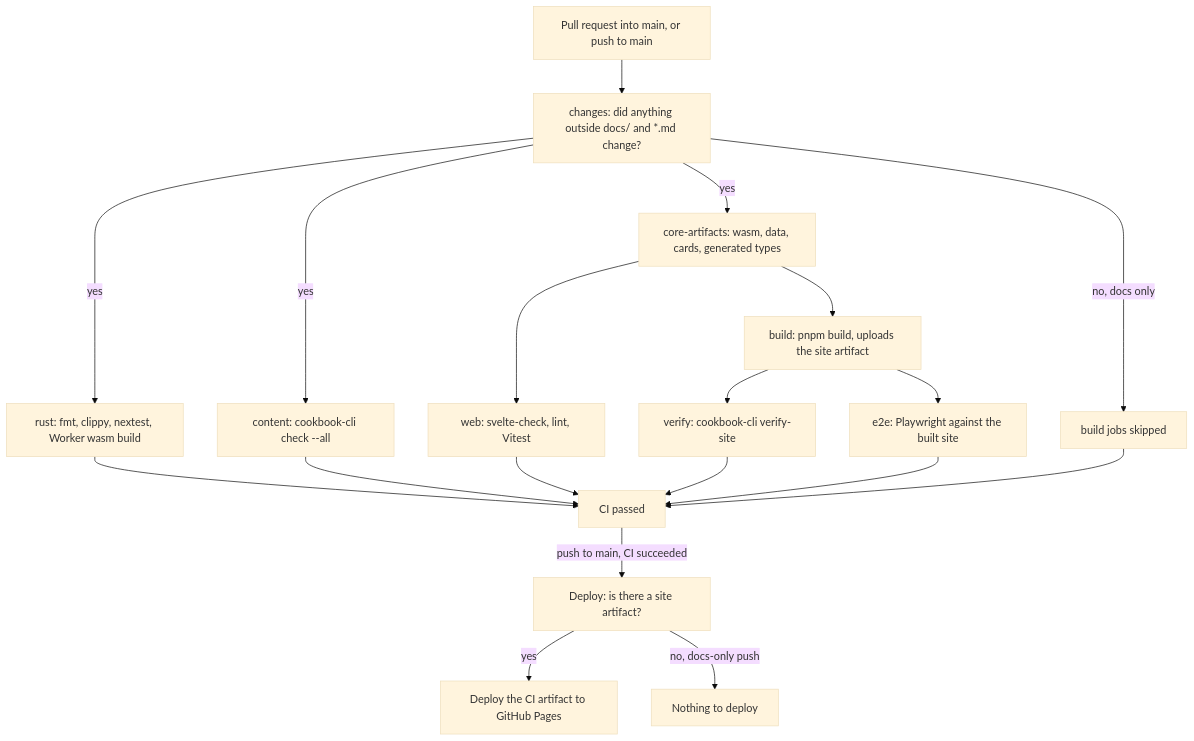
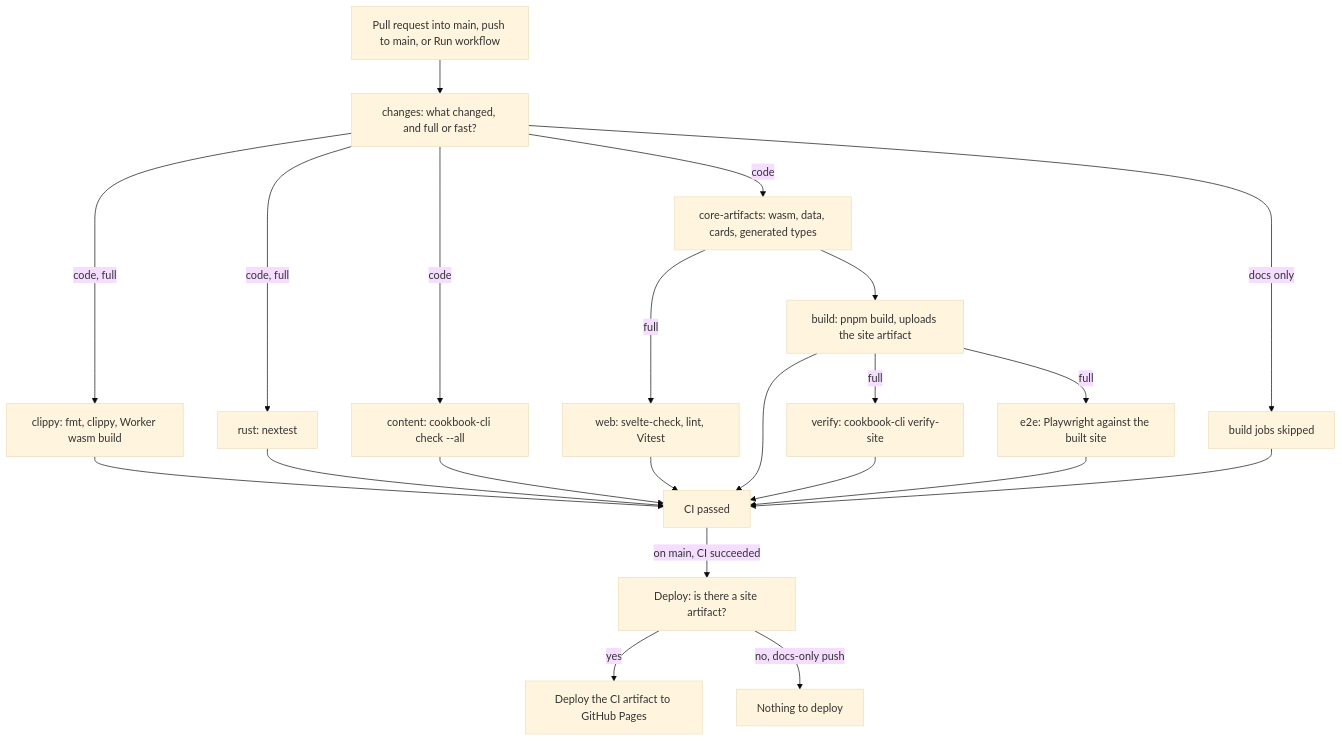
The first of 2 diagrams in docs/DEPLOYMENT.md (Expo39/My_Cookbook), drawn with Mermaid (base theme) before and after one commit. The commit also changed other lines of this file and 2 other files, not shown here.

Commit message:
ci(workflow): add a fast path for content changes and split the rust lints from the tests (#2)

````diff
--- a/docs/DEPLOYMENT.md
+++ b/docs/DEPLOYMENT.md
@@ -28,21 +28,24 @@
 ```mermaid
 flowchart TB
-    trigger["Pull request into main, or push to main"] --> changes["changes: did anything outside docs/ and *.md change?"]
-    changes -- "yes" --> rust["rust: fmt, clippy, nextest, Worker wasm build"]
-    changes -- "yes" --> content["content: cookbook-cli check --all"]
-    changes -- "yes" --> core["core-artifacts: wasm, data, cards, generated types"]
-    changes -- "no, docs only" --> skipped["build jobs skipped"]
-    core --> web["web: svelte-check, lint, Vitest"]
+    trigger["Pull request into main, push to main, or Run workflow"] --> changes["changes: what changed, and full or fast?"]
+    changes -- "code, full" --> clippy["clippy: fmt, clippy, Worker wasm build"]
+    changes -- "code, full" --> rust["rust: nextest"]
+    changes -- "code" --> content["content: cookbook-cli check --all"]
+    changes -- "code" --> core["core-artifacts: wasm, data, cards, generated types"]
+    changes -- "docs only" --> skipped["build jobs skipped"]
+    core -- "full" --> web["web: svelte-check, lint, Vitest"]
     core --> build["build: pnpm build, uploads the site artifact"]
-    build --> verify["verify: cookbook-cli verify-site"]
-    build --> e2e["e2e: Playwright against the built site"]
-    rust --> passed["CI passed"]
+    build -- "full" --> verify["verify: cookbook-cli verify-site"]
+    build -- "full" --> e2e["e2e: Playwright against the built site"]
+    clippy --> passed["CI passed"]
+    rust --> passed
     content --> passed
     web --> passed
+    build --> passed
     verify --> passed
     e2e --> passed
     skipped --> passed
-    passed -- "push to main, CI succeeded" --> site["Deploy: is there a site artifact?"]
+    passed -- "on main, CI succeeded" --> site["Deploy: is there a site artifact?"]
     site -- "yes" --> deploy["Deploy the CI artifact to GitHub Pages"]
     site -- "no, docs-only push" --> nodeploy["Nothing to deploy"]
 ```
````
